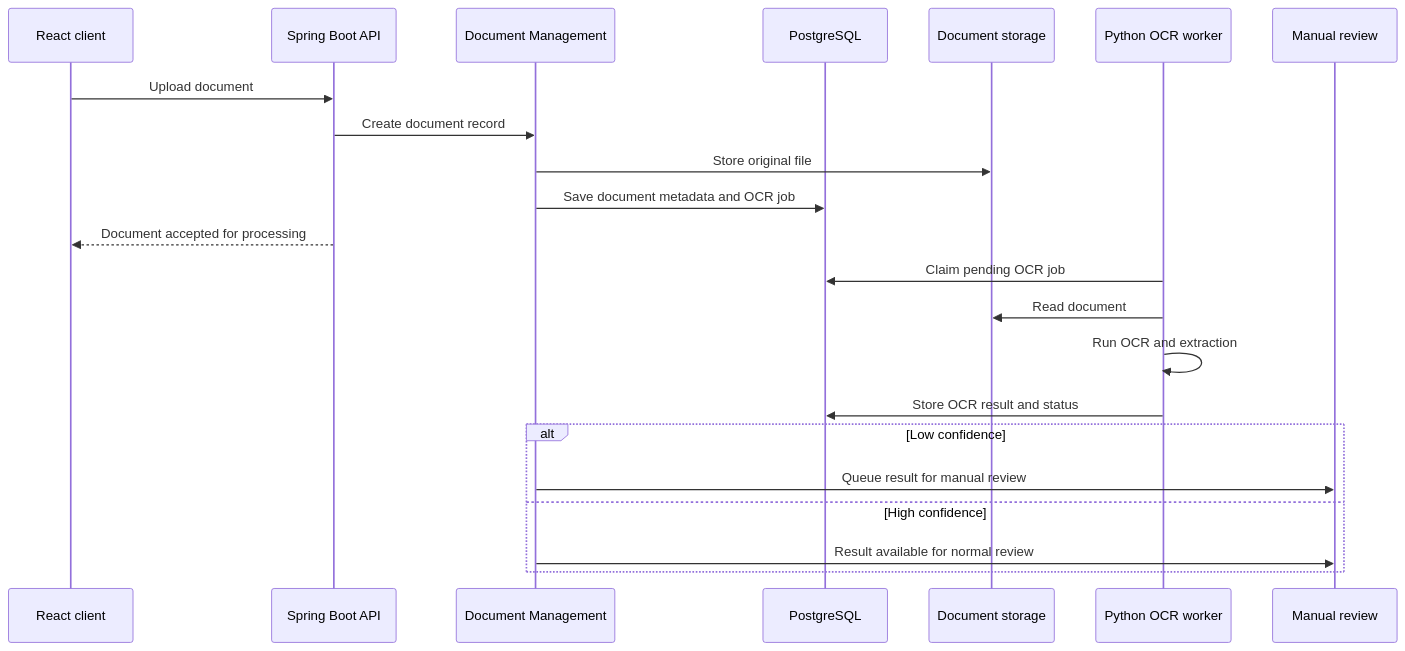
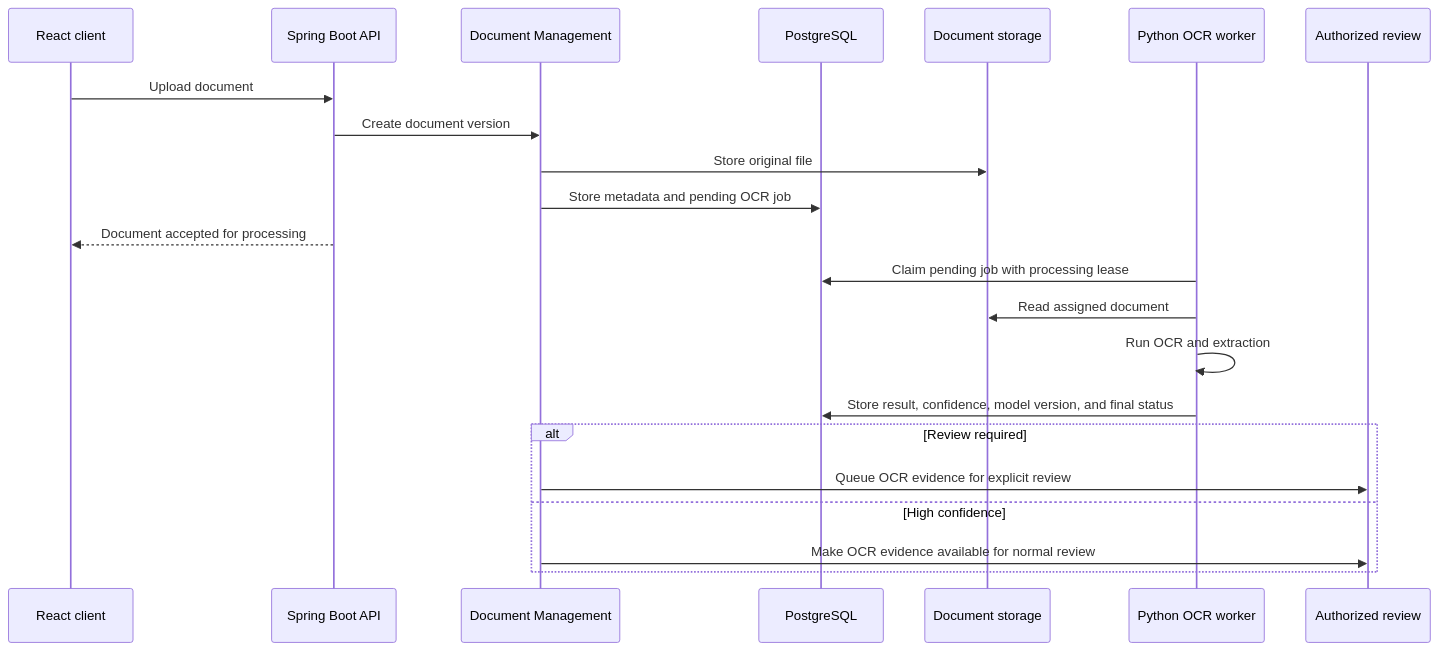
Before and after one commit to dongduy-dev/meridian-finance: the second of 2 diagrams in docs/architecture/MER-ARCH-005-ocr-architecture.md, drawn with Mermaid. The commit also changed other lines of this file and 7 other files, not shown here.

````diff
--- a/docs/architecture/MER-ARCH-005-ocr-architecture.md
+++ b/docs/architecture/MER-ARCH-005-ocr-architecture.md
@@ -116,27 +132,27 @@
 ```mermaid
 sequenceDiagram
     participant Client as React client
     participant API as Spring Boot API
     participant Document as Document Management
     participant DB as PostgreSQL
     participant Storage as Document storage
     participant OCR as Python OCR worker
-    participant Review as Manual review
+    participant Review as Authorized review
 
     Client->>API: Upload document
-    API->>Document: Create document record
+    API->>Document: Create document version
     Document->>Storage: Store original file
-    Document->>DB: Save document metadata and OCR job
+    Document->>DB: Store metadata and pending OCR job
     API-->>Client: Document accepted for processing
 
-    OCR->>DB: Claim pending OCR job
-    OCR->>Storage: Read document
+    OCR->>DB: Claim pending job with processing lease
+    OCR->>Storage: Read assigned document
     OCR->>OCR: Run OCR and extraction
-    OCR->>DB: Store OCR result and status
+    OCR->>DB: Store result, confidence, model version, and final status
 
-    alt Low confidence
-        Document->>Review: Queue result for manual review
+    alt Review required
+        Document->>Review: Queue OCR evidence for explicit review
     else High confidence
-        Document->>Review: Result available for normal review
+        Document->>Review: Make OCR evidence available for normal review
     end
 ```
````
